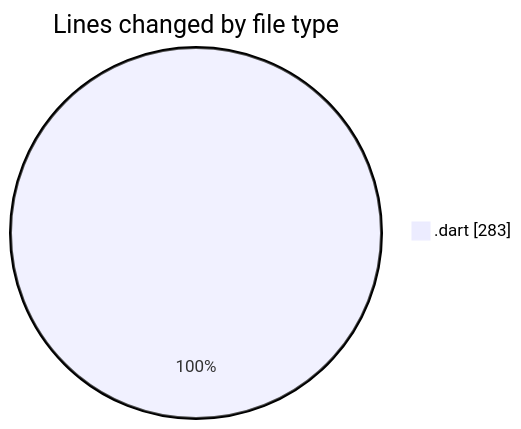
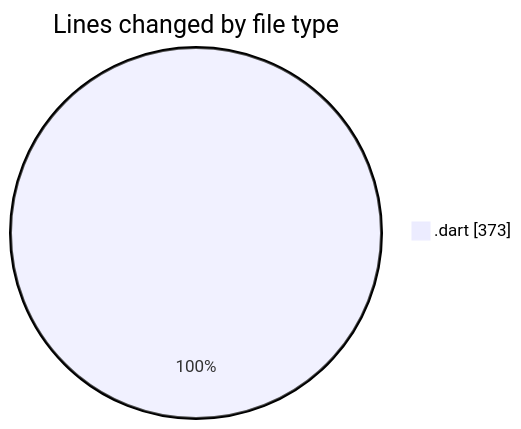
The first of 2 diagrams in 2025-01-15/trackers_app/README.md (donsfak/code-tracking), drawn with Mermaid before and after one commit. The commit also changed other lines of this file and 1 other file, not shown here.

````diff
--- a/2025-01-15/trackers_app/README.md
+++ b/2025-01-15/trackers_app/README.md
@@ -22,5 +23,5 @@
 ```mermaid
 pie showData
 title Lines changed by file type
-".dart" : 283
+".dart" : 373
 ```
````
